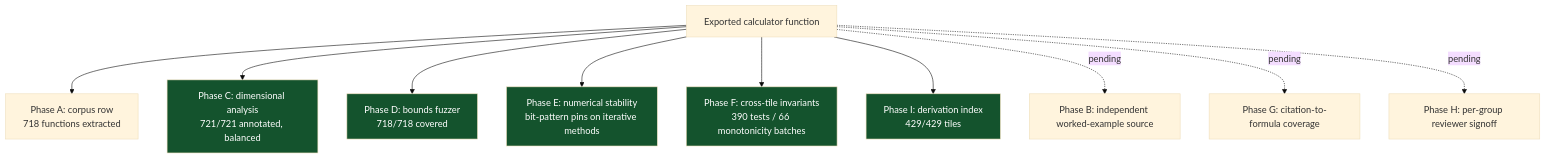
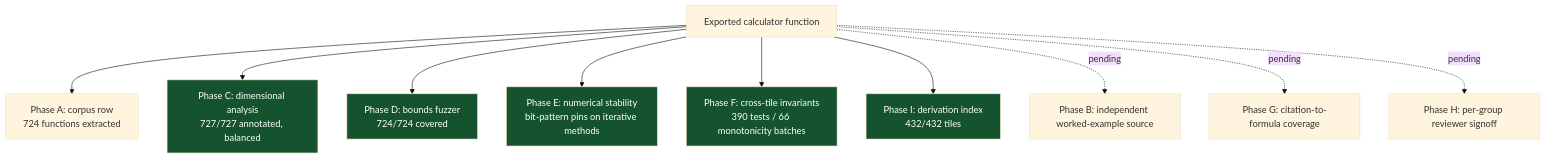
Before and after one commit to clay-good/roughlogic.com: the fourth of 5 diagrams in README.md, drawn with Mermaid (base theme). The commit also changed other lines of this file and 16 other files, not shown here.

````diff
--- a/README.md
+++ b/README.md
@@ -212,17 +212,17 @@
 ```mermaid
 flowchart TB
-    F[Exported calculator function] --> A[Phase A: corpus row\n718 functions extracted]
-    F --> C[Phase C: dimensional analysis\n721/721 annotated, balanced]
-    F --> D[Phase D: bounds fuzzer\n718/718 covered]
+    F[Exported calculator function] --> A[Phase A: corpus row\n724 functions extracted]
+    F --> C[Phase C: dimensional analysis\n727/727 annotated, balanced]
+    F --> D[Phase D: bounds fuzzer\n724/724 covered]
     F --> E[Phase E: numerical stability\nbit-pattern pins on iterative methods]
     F --> Fa[Phase F: cross-tile invariants\n390 tests / 66 monotonicity batches]
-    F --> I[Phase I: derivation index\n429/429 tiles]
+    F --> I[Phase I: derivation index\n432/432 tiles]
     F -.pending.-> B[Phase B: independent worked-example source]
     F -.pending.-> G[Phase G: citation-to-formula coverage]
     F -.pending.-> H[Phase H: per-group reviewer signoff]
     style C fill:#14532d,color:#fff
     style D fill:#14532d,color:#fff
     style E fill:#14532d,color:#fff
     style Fa fill:#14532d,color:#fff
     style I fill:#14532d,color:#fff
 ```
````
